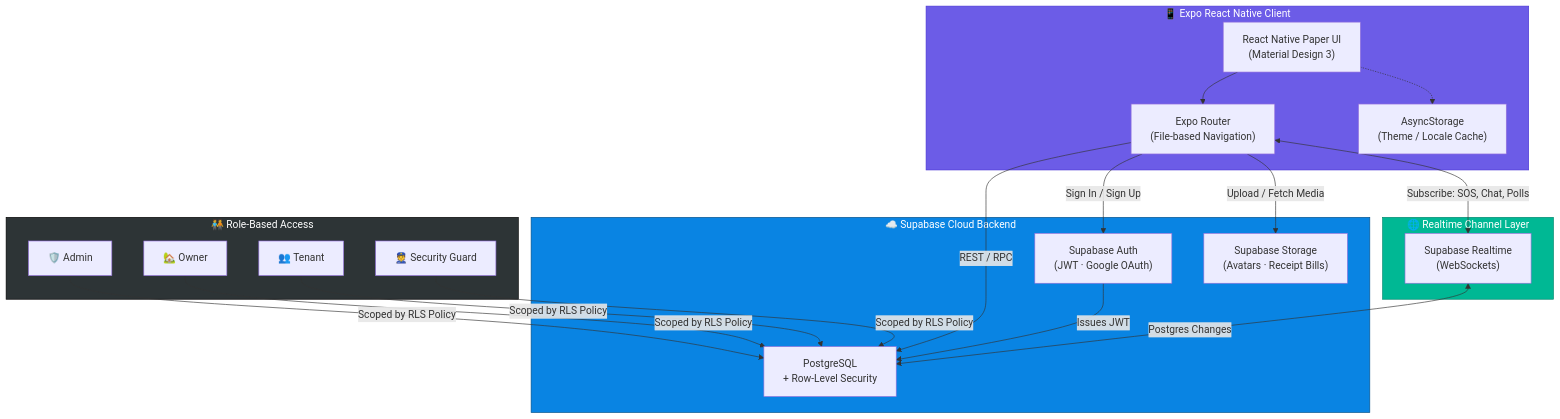
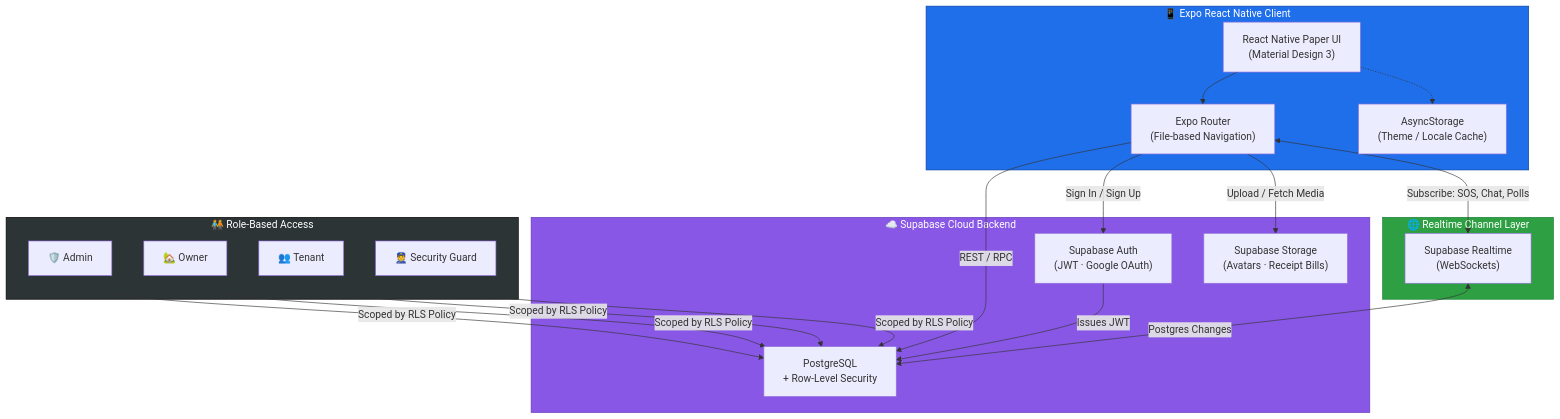
One commit to AmanMahadik/Society_Sync changed the first of 3 diagrams in README.md. Above: the diagram before and after it, drawn with Mermaid. The commit also changed other lines of this file, not shown here.

````diff
--- a/README.md
+++ b/README.md
@@ -84,41 +146,41 @@
 ```mermaid
 flowchart TB
     subgraph Client["📱 Expo React Native Client"]
         UI["React Native Paper UI<br/>(Material Design 3)"]
         Router["Expo Router<br/>(File-based Navigation)"]
         Cache["AsyncStorage<br/>(Theme / Locale Cache)"]
         UI --> Router
         UI -.-> Cache
     end
 
     subgraph Edge["🌐 Realtime Channel Layer"]
         WS["Supabase Realtime<br/>(WebSockets)"]
     end
 
     subgraph Backend["☁️ Supabase Cloud Backend"]
         Auth["Supabase Auth<br/>(JWT · Google OAuth)"]
         DB["PostgreSQL<br/>+ Row-Level Security"]
         Storage["Supabase Storage<br/>(Avatars · Receipt Bills)"]
     end
 
     subgraph Roles["🧑‍🤝‍🧑 Role-Based Access"]
         Admin["🛡️ Admin"]
         Owner["🏡 Owner"]
         Tenant["👥 Tenant"]
         Guard["👮 Security Guard"]
     end
 
     Router -->|REST / RPC| DB
     Router -->|Sign In / Sign Up| Auth
     Router -->|Upload / Fetch Media| Storage
     Router <-->|Subscribe: SOS, Chat, Polls| WS
     WS <-->|Postgres Changes| DB
     Auth -->|Issues JWT| DB
 
     Admin & Owner & Tenant & Guard -->|Scoped by RLS Policy| DB
 
-    style Client fill:#6C5CE7,stroke:#4834d4,color:#fff
-    style Edge fill:#00B894,stroke:#00866e,color:#fff
-    style Backend fill:#0984E3,stroke:#055086,color:#fff
-    style Roles fill:#2D3436,stroke:#000,color:#fff
+    style Client fill:#1f6feb,color:#fff,stroke:#0d419d
+    style Edge fill:#2ea043,color:#fff,stroke:#1a7f37
+    style Backend fill:#8957e5,color:#fff,stroke:#6639ba
+    style Roles fill:#2D3436,color:#fff,stroke:#000
 ```
````
